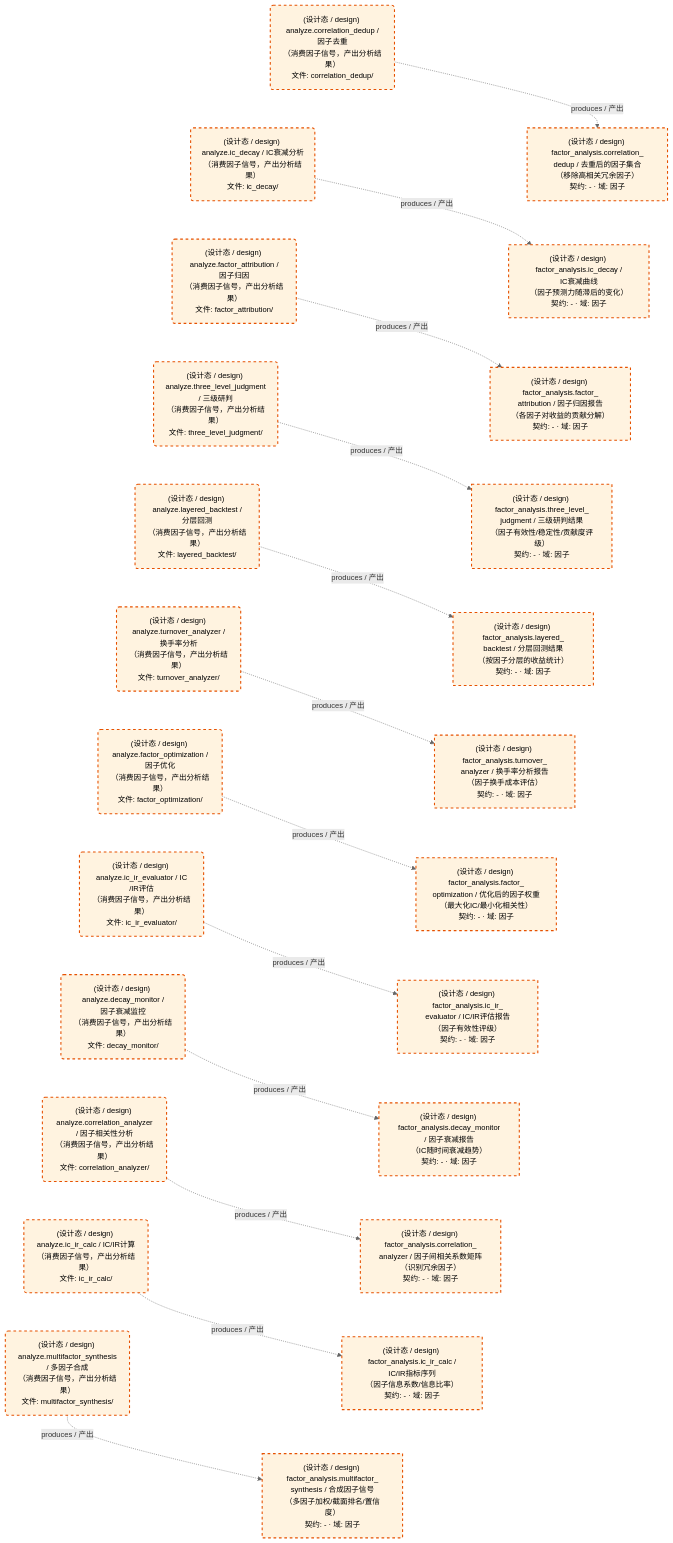
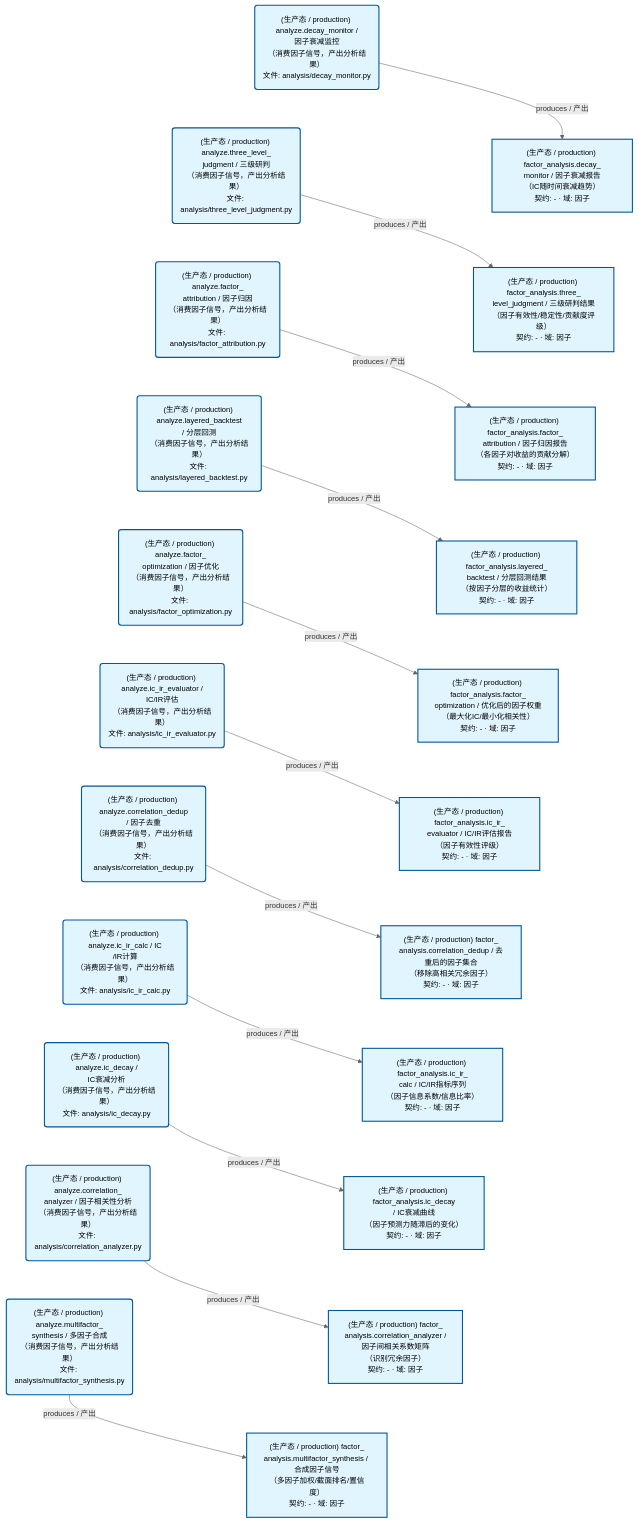
One commit to xuanFelixVan/ZephyrAlpha changed the second of 3 diagrams in docs/02_enterprise_architecture/05_dataflow_architecture/d_factor_analysis.md. Above: the diagram before and after it, drawn with Mermaid. The commit also changed other lines of this file and 12 other files, not shown here.

````diff
--- a/docs/02_enterprise_architecture/05_dataflow_architecture/d_factor_analysis.md
+++ b/docs/02_enterprise_architecture/05_dataflow_architecture/d_factor_analysis.md
@@ -125,67 +122,62 @@
 ```mermaid
 %%{init: {'theme': 'base', 'themeVariables': {'primaryColor': '#eaeaea', 'primaryTextColor': '#333333', 'primaryBorderColor': '#666666', 'lineColor': '#666666', 'secondaryColor': '#eaeaea', 'tertiaryColor': '#eaeaea', 'clusterBkg': 'transparent', 'clusterBorder': 'transparent', 'fontSize': '14px'}}}%%
 flowchart TD
-    DS11227["(设计态 / design) factor_analysis.correlation_<br/>analyzer / 因子间相关系数矩阵<br/>（识别冗余因子）<br/>契约: - · 域: 因子"]
-    DS11228["(设计态 / design) factor_analysis.correlation_<br/>dedup / 去重后的因子集合<br/>（移除高相关冗余因子）<br/>契约: - · 域: 因子"]
-    DS11229["(设计态 / design) factor_analysis.decay_monitor<br/>/ 因子衰减报告<br/>（IC随时间衰减趋势）<br/>契约: - · 域: 因子"]
-    DS11230["(设计态 / design) factor_analysis.factor_<br/>attribution / 因子归因报告<br/>（各因子对收益的贡献分解）<br/>契约: - · 域: 因子"]
-    DS11231["(设计态 / design) factor_analysis.factor_<br/>optimization / 优化后的因子权重<br/>（最大化IC/最小化相关性）<br/>契约: - · 域: 因子"]
-    DS11232["(设计态 / design) factor_analysis.ic_decay /<br/>IC衰减曲线<br/>（因子预测力随滞后的变化）<br/>契约: - · 域: 因子"]
-    DS11233["(设计态 / design) factor_analysis.ic_ir_calc /<br/>IC/IR指标序列<br/>（因子信息系数/信息比率）<br/>契约: - · 域: 因子"]
-    DS11234["(设计态 / design) factor_analysis.ic_ir_<br/>evaluator / IC/IR评估报告<br/>（因子有效性评级）<br/>契约: - · 域: 因子"]
-    DS11235["(设计态 / design) factor_analysis.layered_<br/>backtest / 分层回测结果<br/>（按因子分层的收益统计）<br/>契约: - · 域: 因子"]
-    DS11236["(设计态 / design) factor_analysis.multifactor_<br/>synthesis / 合成因子信号<br/>（多因子加权/截面排名/置信度）<br/>契约: - · 域: 因子"]
-    DS11237["(设计态 / design) factor_analysis.three_level_<br/>judgment / 三级研判结果<br/>（因子有效性/稳定性/贡献度评级）<br/>契约: - · 域: 因子"]
-    DS11238["(设计态 / design) factor_analysis.turnover_<br/>analyzer / 换手率分析报告<br/>（因子换手成本评估）<br/>契约: - · 域: 因子"]
-    JOB757591("(设计态 / design) analyze.correlation_analyzer<br/>/ 因子相关性分析<br/>（消费因子信号，产出分析结果）<br/>文件: correlation_analyzer/")
-    JOB757592("(设计态 / design) analyze.correlation_dedup /<br/>因子去重<br/>（消费因子信号，产出分析结果）<br/>文件: correlation_dedup/")
-    JOB757593("(设计态 / design) analyze.decay_monitor /<br/>因子衰减监控<br/>（消费因子信号，产出分析结果）<br/>文件: decay_monitor/")
-    JOB757594("(设计态 / design) analyze.factor_attribution /<br/>因子归因<br/>（消费因子信号，产出分析结果）<br/>文件: factor_attribution/")
-    JOB757595("(设计态 / design) analyze.factor_optimization /<br/>因子优化<br/>（消费因子信号，产出分析结果）<br/>文件: factor_optimization/")
-    JOB757596("(设计态 / design) analyze.ic_decay / IC衰减分析<br/>（消费因子信号，产出分析结果）<br/>文件: ic_decay/")
-    JOB757597("(设计态 / design) analyze.ic_ir_calc / IC/IR计算<br/>（消费因子信号，产出分析结果）<br/>文件: ic_ir_calc/")
-    JOB757598("(设计态 / design) analyze.ic_ir_evaluator / IC<br/>/IR评估<br/>（消费因子信号，产出分析结果）<br/>文件: ic_ir_evaluator/")
-    JOB757599("(设计态 / design) analyze.layered_backtest /<br/>分层回测<br/>（消费因子信号，产出分析结果）<br/>文件: layered_backtest/")
-    JOB757600("(设计态 / design) analyze.multifactor_synthesis<br/>/ 多因子合成<br/>（消费因子信号，产出分析结果）<br/>文件: multifactor_synthesis/")
-    JOB757601("(设计态 / design) analyze.three_level_judgment<br/>/ 三级研判<br/>（消费因子信号，产出分析结果）<br/>文件: three_level_judgment/")
-    JOB757602("(设计态 / design) analyze.turnover_analyzer /<br/>换手率分析<br/>（消费因子信号，产出分析结果）<br/>文件: turnover_analyzer/")
-    JOB757591 -.->|produces / 产出| DS11227
-    JOB757592 -.->|produces / 产出| DS11228
-    JOB757593 -.->|produces / 产出| DS11229
-    JOB757594 -.->|produces / 产出| DS11230
-    JOB757595 -.->|produces / 产出| DS11231
-    JOB757596 -.->|produces / 产出| DS11232
-    JOB757597 -.->|produces / 产出| DS11233
-    JOB757598 -.->|produces / 产出| DS11234
-    JOB757599 -.->|produces / 产出| DS11235
-    JOB757600 -.->|produces / 产出| DS11236
-    JOB757601 -.->|produces / 产出| DS11237
-    JOB757602 -.->|produces / 产出| DS11238
-    JOB757592 ~~~ JOB757596
-    JOB757596 ~~~ JOB757594
-    JOB757594 ~~~ JOB757601
-    JOB757601 ~~~ JOB757599
-    JOB757599 ~~~ JOB757602
-    JOB757602 ~~~ JOB757595
-    JOB757595 ~~~ JOB757598
-    JOB757598 ~~~ JOB757593
-    JOB757593 ~~~ JOB757591
-    JOB757591 ~~~ JOB757597
-    JOB757597 ~~~ JOB757600
-    DS11228 ~~~ DS11232
-    DS11232 ~~~ DS11230
-    DS11230 ~~~ DS11237
-    DS11237 ~~~ DS11235
-    DS11235 ~~~ DS11238
-    DS11238 ~~~ DS11231
-    DS11231 ~~~ DS11234
-    DS11234 ~~~ DS11229
-    DS11229 ~~~ DS11227
-    DS11227 ~~~ DS11233
-    DS11233 ~~~ DS11236
+    DS20879["(生产态 / production) factor_<br/>analysis.correlation_analyzer /<br/>因子间相关系数矩阵<br/>（识别冗余因子）<br/>契约: - · 域: 因子"]
+    DS20880["(生产态 / production) factor_<br/>analysis.correlation_dedup / 去重后的因子集合<br/>（移除高相关冗余因子）<br/>契约: - · 域: 因子"]
+    DS20881["(生产态 / production) factor_analysis.decay_<br/>monitor / 因子衰减报告<br/>（IC随时间衰减趋势）<br/>契约: - · 域: 因子"]
+    DS20882["(生产态 / production) factor_analysis.factor_<br/>attribution / 因子归因报告<br/>（各因子对收益的贡献分解）<br/>契约: - · 域: 因子"]
+    DS20883["(生产态 / production) factor_analysis.factor_<br/>optimization / 优化后的因子权重<br/>（最大化IC/最小化相关性）<br/>契约: - · 域: 因子"]
+    DS20884["(生产态 / production) factor_analysis.ic_decay<br/>/ IC衰减曲线<br/>（因子预测力随滞后的变化）<br/>契约: - · 域: 因子"]
+    DS20885["(生产态 / production) factor_analysis.ic_ir_<br/>calc / IC/IR指标序列<br/>（因子信息系数/信息比率）<br/>契约: - · 域: 因子"]
+    DS20886["(生产态 / production) factor_analysis.ic_ir_<br/>evaluator / IC/IR评估报告<br/>（因子有效性评级）<br/>契约: - · 域: 因子"]
+    DS20887["(生产态 / production) factor_analysis.layered_<br/>backtest / 分层回测结果<br/>（按因子分层的收益统计）<br/>契约: - · 域: 因子"]
+    DS20888["(生产态 / production) factor_<br/>analysis.multifactor_synthesis / 合成因子信号<br/>（多因子加权/截面排名/置信度）<br/>契约: - · 域: 因子"]
+    DS20889["(生产态 / production) factor_analysis.three_<br/>level_judgment / 三级研判结果<br/>（因子有效性/稳定性/贡献度评级）<br/>契约: - · 域: 因子"]
+    JOB969567("(生产态 / production) analyze.correlation_<br/>analyzer / 因子相关性分析<br/>（消费因子信号，产出分析结果）<br/>文件: analysis/correlation_analyzer.py")
+    JOB969568("(生产态 / production) analyze.correlation_dedup<br/>/ 因子去重<br/>（消费因子信号，产出分析结果）<br/>文件: analysis/correlation_dedup.py")
+    JOB969569("(生产态 / production) analyze.decay_monitor /<br/>因子衰减监控<br/>（消费因子信号，产出分析结果）<br/>文件: analysis/decay_monitor.py")
+    JOB969570("(生产态 / production) analyze.factor_<br/>attribution / 因子归因<br/>（消费因子信号，产出分析结果）<br/>文件: analysis/factor_attribution.py")
+    JOB969571("(生产态 / production) analyze.factor_<br/>optimization / 因子优化<br/>（消费因子信号，产出分析结果）<br/>文件: analysis/factor_optimization.py")
+    JOB969572("(生产态 / production) analyze.ic_decay /<br/>IC衰减分析<br/>（消费因子信号，产出分析结果）<br/>文件: analysis/ic_decay.py")
+    JOB969573("(生产态 / production) analyze.ic_ir_calc / IC<br/>/IR计算<br/>（消费因子信号，产出分析结果）<br/>文件: analysis/ic_ir_calc.py")
+    JOB969574("(生产态 / production) analyze.ic_ir_evaluator /<br/>IC/IR评估<br/>（消费因子信号，产出分析结果）<br/>文件: analysis/ic_ir_evaluator.py")
+    JOB969575("(生产态 / production) analyze.layered_backtest<br/>/ 分层回测<br/>（消费因子信号，产出分析结果）<br/>文件: analysis/layered_backtest.py")
+    JOB969576("(生产态 / production) analyze.multifactor_<br/>synthesis / 多因子合成<br/>（消费因子信号，产出分析结果）<br/>文件: analysis/multifactor_synthesis.py")
+    JOB969577("(生产态 / production) analyze.three_level_<br/>judgment / 三级研判<br/>（消费因子信号，产出分析结果）<br/>文件: analysis/three_level_judgment.py")
+    JOB969567 -->|produces / 产出| DS20879
+    JOB969568 -->|produces / 产出| DS20880
+    JOB969569 -->|produces / 产出| DS20881
+    JOB969570 -->|produces / 产出| DS20882
+    JOB969571 -->|produces / 产出| DS20883
+    JOB969572 -->|produces / 产出| DS20884
+    JOB969573 -->|produces / 产出| DS20885
+    JOB969574 -->|produces / 产出| DS20886
+    JOB969575 -->|produces / 产出| DS20887
+    JOB969576 -->|produces / 产出| DS20888
+    JOB969577 -->|produces / 产出| DS20889
+    JOB969569 ~~~ JOB969577
+    JOB969577 ~~~ JOB969570
+    JOB969570 ~~~ JOB969575
+    JOB969575 ~~~ JOB969571
+    JOB969571 ~~~ JOB969574
+    JOB969574 ~~~ JOB969568
+    JOB969568 ~~~ JOB969573
+    JOB969573 ~~~ JOB969572
+    JOB969572 ~~~ JOB969567
+    JOB969567 ~~~ JOB969576
+    DS20881 ~~~ DS20889
+    DS20889 ~~~ DS20882
+    DS20882 ~~~ DS20887
+    DS20887 ~~~ DS20883
+    DS20883 ~~~ DS20886
+    DS20886 ~~~ DS20880
+    DS20880 ~~~ DS20885
+    DS20885 ~~~ DS20884
+    DS20884 ~~~ DS20879
+    DS20879 ~~~ DS20888
     classDef production fill:#e1f5fe,stroke:#01579b,stroke-width:2px,color:#000
     classDef design fill:#fff3e0,stroke:#e65100,stroke-width:2px,color:#000,stroke-dasharray: 5 5
     classDef external_prod fill:#e8f4fd,stroke:#0277bd,stroke-width:1px,color:#000
     classDef external_design fill:#fff8e7,stroke:#ef6c00,stroke-width:1px,color:#000,stroke-dasharray: 5 5
-    class DS11227,DS11228,DS11229,DS11230,DS11231,DS11232,DS11233,DS11234,DS11235,DS11236,DS11237,DS11238,JOB757591,JOB757592,JOB757593,JOB757594,JOB757595,JOB757596,JOB757597,JOB757598,JOB757599,JOB757600,JOB757601,JOB757602 design
+    class DS20879,DS20880,DS20881,DS20882,DS20883,DS20884,DS20885,DS20886,DS20887,DS20888,DS20889,JOB969567,JOB969568,JOB969569,JOB969570,JOB969571,JOB969572,JOB969573,JOB969574,JOB969575,JOB969576,JOB969577 production
 ```
````
